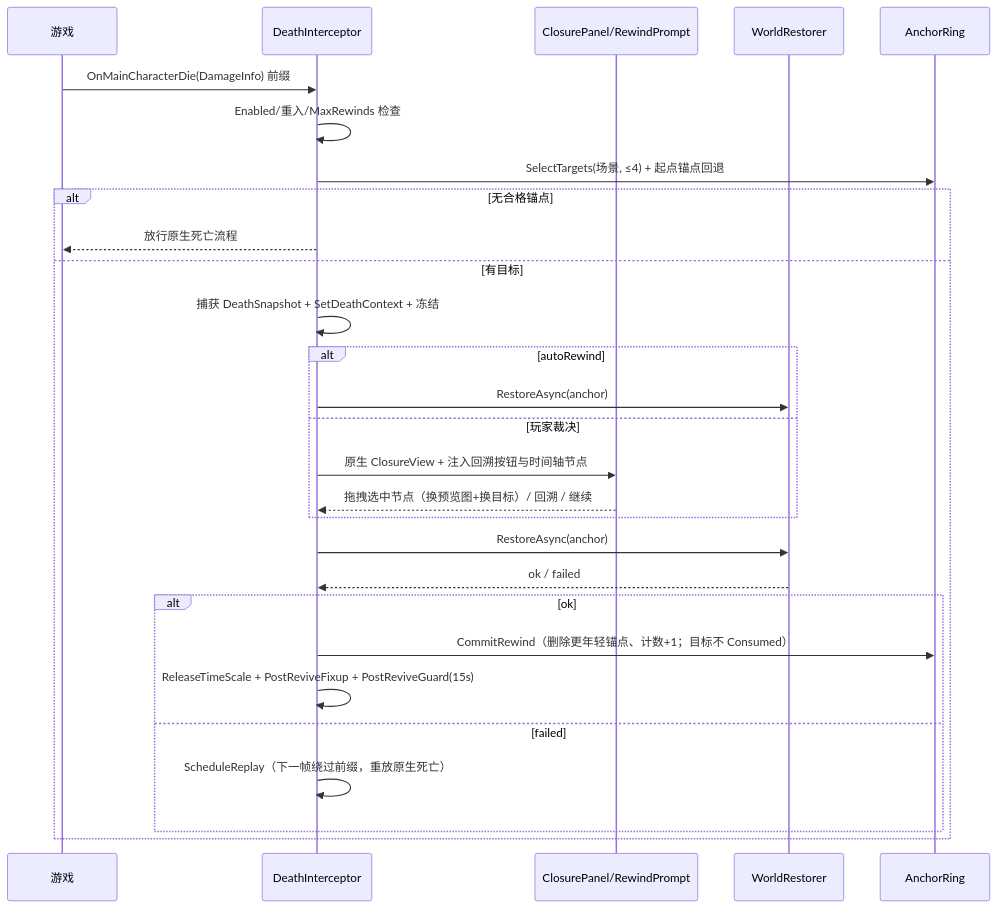
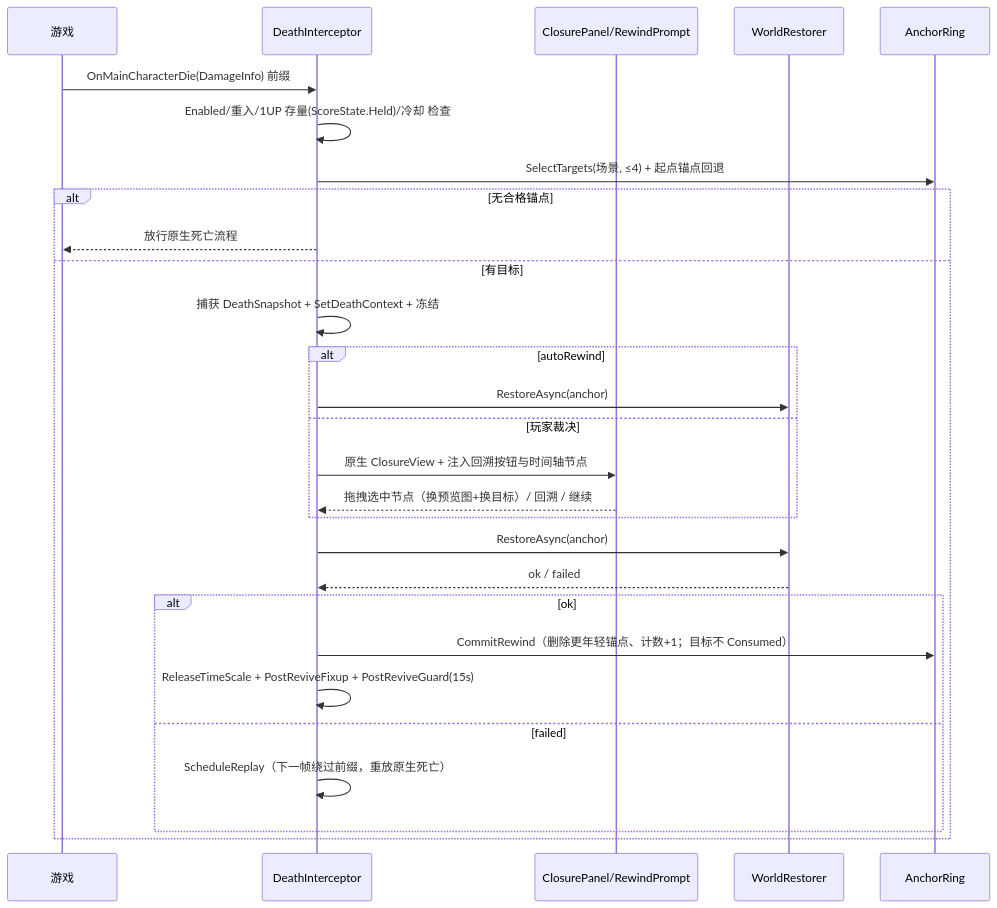
The second of 2 diagrams in docs/CODE_MAP.md (GadgetSheng/duckov-mod-death-rewind), drawn with Mermaid before and after one commit. The commit also changed other lines of this file and 25 other files, not shown here.

````diff
--- a/docs/CODE_MAP.md
+++ b/docs/CODE_MAP.md
@@ -181,31 +185,31 @@
 ```mermaid
 sequenceDiagram
   participant Game as 游戏
   participant DI as DeathInterceptor
   participant UI as ClosurePanel/RewindPrompt
   participant WR as WorldRestorer
   participant Ring as AnchorRing
 
   Game->>DI: OnMainCharacterDie(DamageInfo) 前缀
-  DI->>DI: Enabled/重入/MaxRewinds 检查
+  DI->>DI: Enabled/重入/1UP 存量(ScoreState.Held)/冷却 检查
   DI->>Ring: SelectTargets(场景, ≤4) + 起点锚点回退
   alt 无合格锚点
     DI-->>Game: 放行原生死亡流程
   else 有目标
     DI->>DI: 捕获 DeathSnapshot + SetDeathContext + 冻结
     alt autoRewind
       DI->>WR: RestoreAsync(anchor)
     else 玩家裁决
       DI->>UI: 原生 ClosureView + 注入回溯按钮与时间轴节点
       UI-->>DI: 拖拽选中节点（换预览图+换目标）/ 回溯 / 继续
     end
     DI->>WR: RestoreAsync(anchor)
     WR-->>DI: ok / failed
     alt ok
       DI->>Ring: CommitRewind（删除更年轻锚点、计数+1；目标不 Consumed）
       DI->>DI: ReleaseTimeScale + PostReviveFixup + PostReviveGuard(15s)
     else failed
       DI->>DI: ScheduleReplay（下一帧绕过前缀，重放原生死亡）
     end
   end
 ```
````
